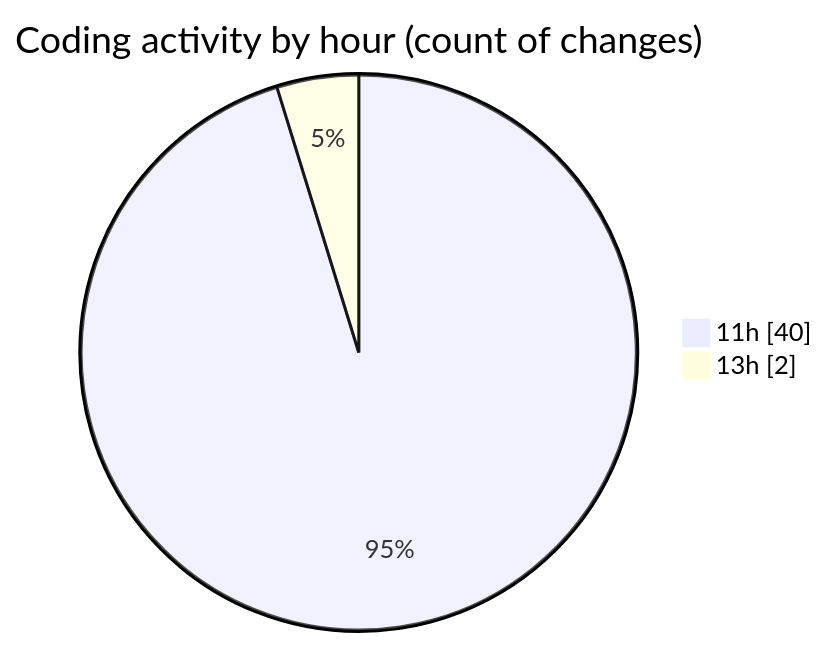
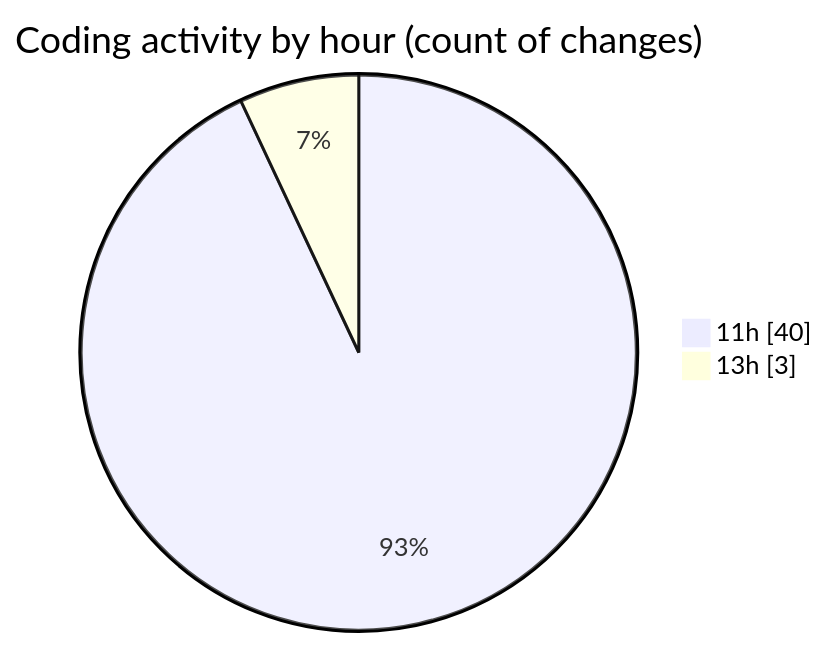
The second of 2 diagrams in 2025-04-30/uhigh-lang/README.md (charlie-sans/code-tracking), drawn with Mermaid before and after one commit. The commit also changed other lines of this file and 1 other file, not shown here.

````diff
--- a/2025-04-30/uhigh-lang/README.md
+++ b/2025-04-30/uhigh-lang/README.md
@@ -36,6 +37,6 @@
 ```mermaid
 pie showData
 title Coding activity by hour (count of changes)
 "11h" : 40
-"13h" : 2
+"13h" : 3
 ```
````
